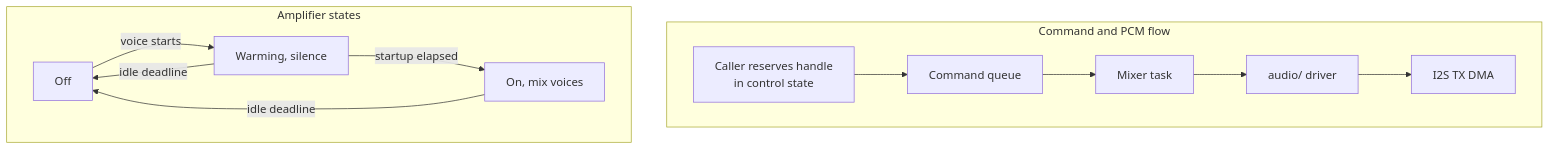
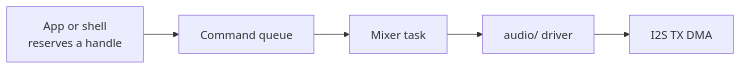
Before and after one commit to jose-villegas/autana: the first of 4 diagrams in docs/audio/Sound-Mixer.md, drawn with Mermaid. The commit also changed other lines of this file and 2 other files, not shown here.

Commit message:
docs: sound mixer page opens with the app example and its cost, one sentence per heading (autana-cvt.3)

````diff
--- a/docs/audio/Sound-Mixer.md
+++ b/docs/audio/Sound-Mixer.md
@@ -22,15 +194,5 @@
 ```mermaid
-flowchart TB
-    subgraph Path["Command and PCM flow"]
-        direction LR
-        Caller["Caller reserves handle<br/>in control state"] --> Queue["Command queue"] --> Mixer["Mixer task"]
-        Mixer --> Driver["audio/ driver"] --> DMA["I2S TX DMA"]
-    end
-    subgraph Amp["Amplifier states"]
-        direction LR
-        Off["Off"] -->|voice starts| Warming["Warming, silence"]
-        Warming -->|startup elapsed| On["On, mix voices"]
-        On -->|idle deadline| Off
-        Warming -->|idle deadline| Off
-    end
+flowchart LR
+    Caller["App or shell<br/>reserves a handle"] --> Queue["Command queue"] --> Mixer["Mixer task"]
+    Mixer --> Driver["audio/ driver"] --> DMA["I2S TX DMA"]
 ```
````
